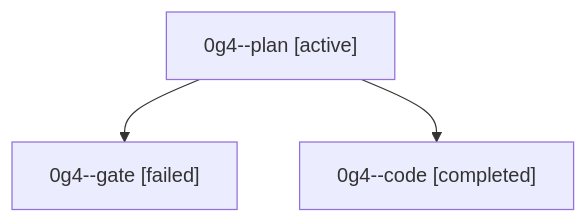
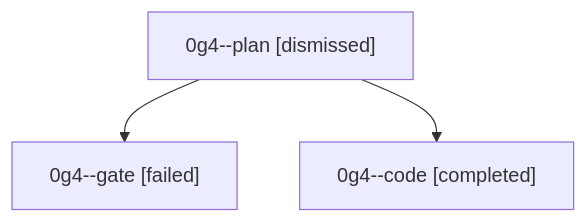
The diagram in sessions/bbugyi200.athena.0g4.md (bobs-org/bob-cli--agents), drawn with Mermaid before and after one commit. The commit also changed other lines of this file and 24 other files, not shown here.

````diff
--- a/sessions/bbugyi200.athena.0g4.md
+++ b/sessions/bbugyi200.athena.0g4.md
@@ -9,8 +9,8 @@
 ```mermaid
 flowchart TD
-  n0["0g4--plan [active]"]
+  n0["0g4--plan [dismissed]"]
   n1["0g4--gate [failed]"]
   n0 --> n1
   n2["0g4--code [completed]"]
   n0 --> n2
 ```
````
